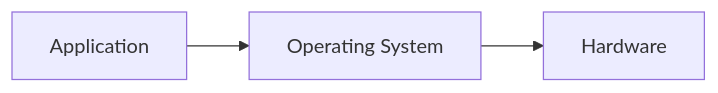
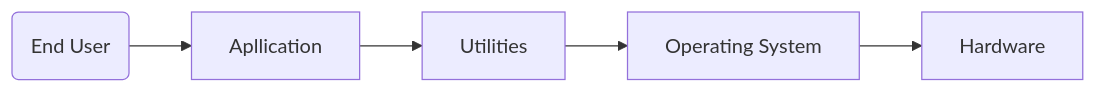
One commit to mosmn/Notes changed the diagram in sections/theo/overview.md. Above: the diagram before and after it, drawn with Mermaid.

````diff
--- a/sections/theo/overview.md
+++ b/sections/theo/overview.md
@@ -16,5 +16,7 @@
 ```mermaid
 graph LR
-A[Application] --> B[Operating System]
-B --> C[Hardware]
+A(End User) --> B[Apllication];
+B --> C[Utilities];
+C --> D[Operating System];
+D --> E[Hardware];
 ```
````
